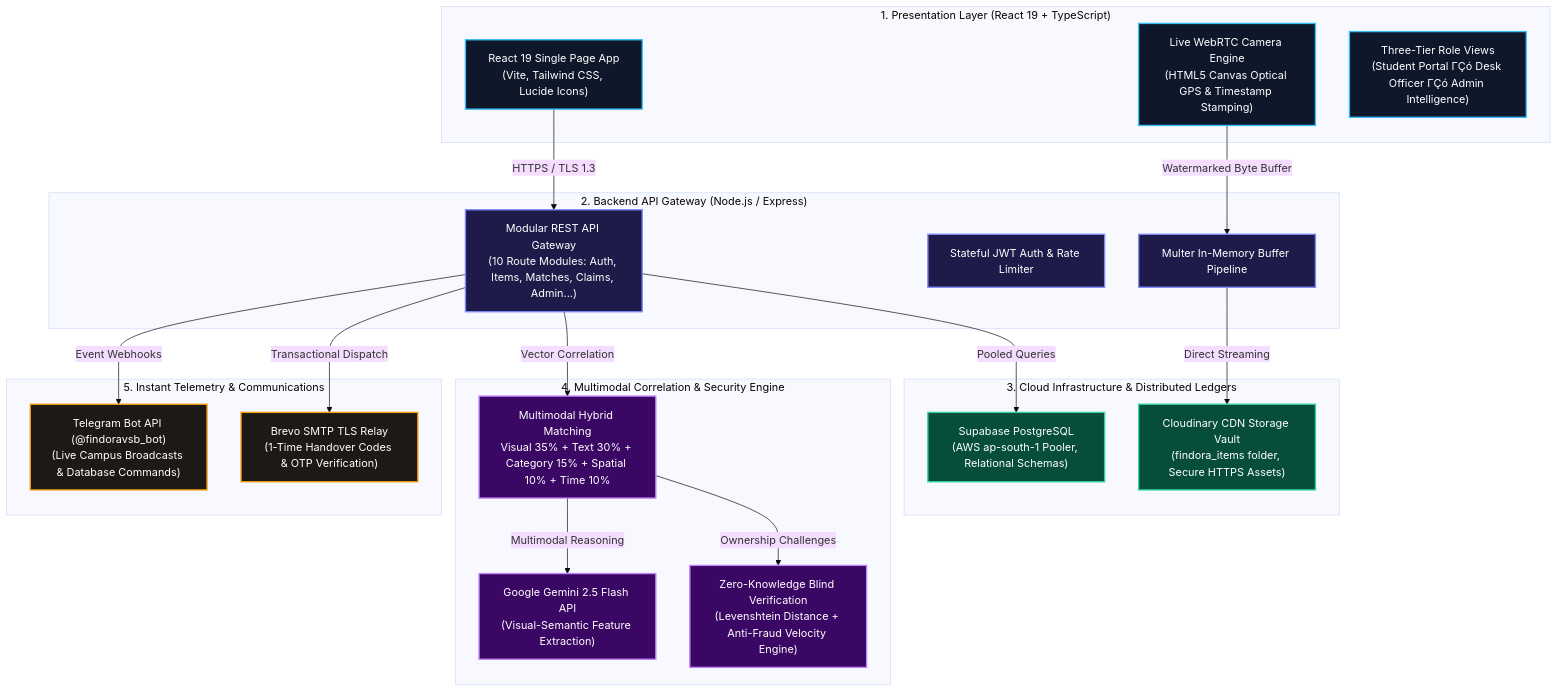
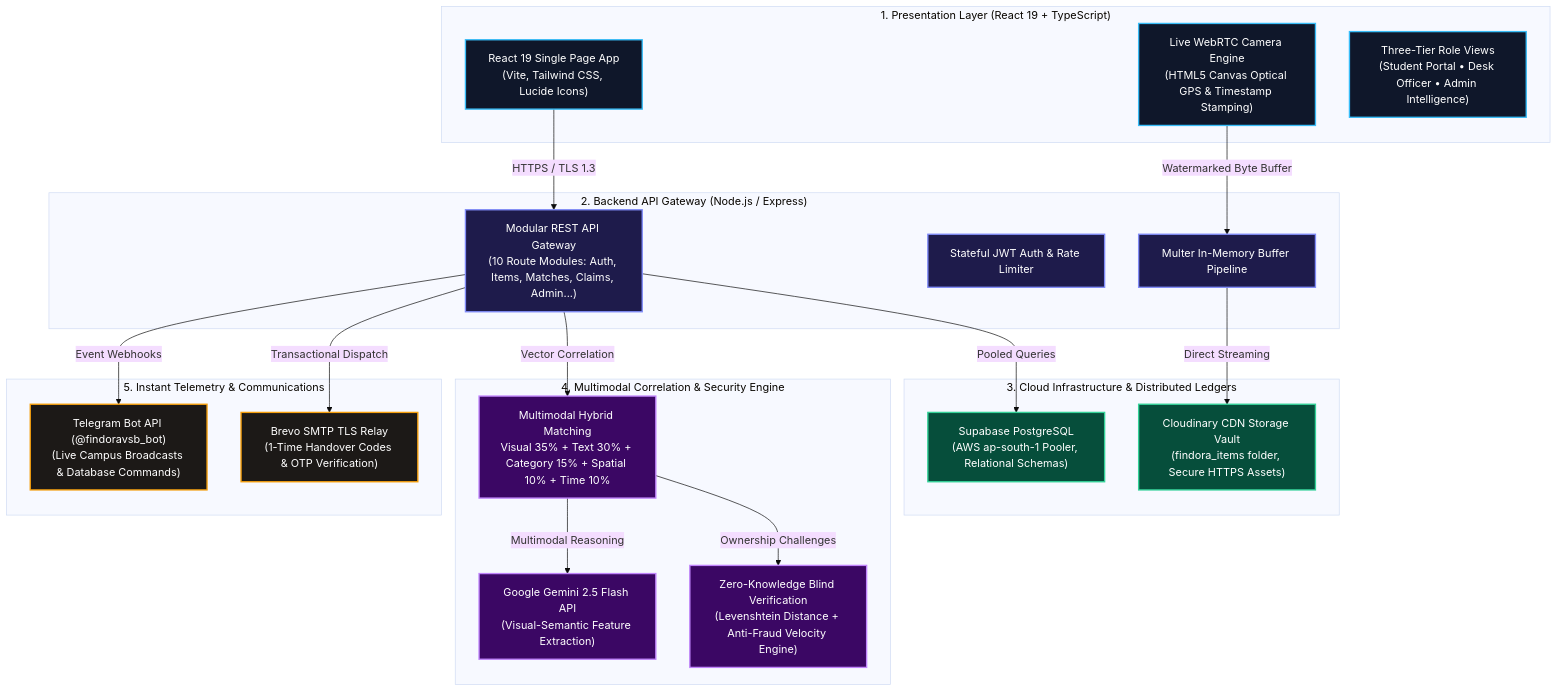
One commit to Tharun4743/Findora-ai changed the diagram in README.md. Above: the diagram before and after it, drawn with Mermaid (base theme). The commit also changed other lines of this file, not shown here.

````diff
--- a/README.md
+++ b/README.md
@@ -40,46 +40,46 @@
 ```mermaid
 graph TD
     classDef client fill:#0f172a,stroke:#38bdf8,stroke-width:2px,color:#fff;
     classDef gateway fill:#1e1b4b,stroke:#818cf8,stroke-width:2px,color:#fff;
     classDef cloud fill:#064e3b,stroke:#34d399,stroke-width:2px,color:#fff;
     classDef ai fill:#3b0764,stroke:#c084fc,stroke-width:2px,color:#fff;
     classDef comms fill:#1c1917,stroke:#f59e0b,stroke-width:2px,color:#fff;
 
     subgraph PRESENTATION ["1. Presentation Layer (React 19 + TypeScript)"]
         UI_SPA["React 19 Single Page App<br/>(Vite, Tailwind CSS, Lucide Icons)"]:::client
         UI_CAM["Live WebRTC Camera Engine<br/>(HTML5 Canvas Optical GPS & Timestamp Stamping)"]:::client
-        UI_ROLES["Three-Tier Role Views<br/>(Student Portal ΓÇó Desk Officer ΓÇó Admin Intelligence)"]:::client
+        UI_ROLES["Three-Tier Role Views<br/>(Student Portal • Desk Officer • Admin Intelligence)"]:::client
     end
 
     subgraph GATEWAY ["2. Backend API Gateway (Node.js / Express)"]
         API_ROUTER["Modular REST API Gateway<br/>(10 Route Modules: Auth, Items, Matches, Claims, Admin...)"]:::gateway
         API_AUTH["Stateful JWT Auth & Rate Limiter"]:::gateway
         API_BUF["Multer In-Memory Buffer Pipeline"]:::gateway
     end
 
     subgraph STORAGE ["3. Cloud Infrastructure & Distributed Ledgers"]
         DB_SUPA["Supabase PostgreSQL<br/>(AWS ap-south-1 Pooler, Relational Schemas)"]:::cloud
         CDN_CLOUD["Cloudinary CDN Storage Vault<br/>(findora_items folder, Secure HTTPS Assets)"]:::cloud
     end
 
     subgraph INTELLIGENCE ["4. Multimodal Correlation & Security Engine"]
         AI_GEMINI["Google Gemini 2.5 Flash API<br/>(Visual-Semantic Feature Extraction)"]:::ai
         AI_FUSION["Multimodal Hybrid Matching<br/>Visual 35% + Text 30% + Category 15% + Spatial 10% + Time 10%"]:::ai
         AI_VERIFY["Zero-Knowledge Blind Verification<br/>(Levenshtein Distance + Anti-Fraud Velocity Engine)"]:::ai
     end
 
     subgraph COMMS ["5. Instant Telemetry & Communications"]
         TG_BOT["Telegram Bot API (@findoravsb_bot)<br/>(Live Campus Broadcasts & Database Commands)"]:::comms
         EMAIL_BREVO["Brevo SMTP TLS Relay<br/>(1-Time Handover Codes & OTP Verification)"]:::comms
     end
 
     UI_SPA -->|HTTPS / TLS 1.3| API_ROUTER
     UI_CAM -->|Watermarked Byte Buffer| API_BUF
     API_BUF -->|Direct Streaming| CDN_CLOUD
     API_ROUTER -->|Pooled Queries| DB_SUPA
     API_ROUTER -->|Vector Correlation| AI_FUSION
     AI_FUSION -->|Multimodal Reasoning| AI_GEMINI
     AI_FUSION -->|Ownership Challenges| AI_VERIFY
     API_ROUTER -->|Event Webhooks| TG_BOT
     API_ROUTER -->|Transactional Dispatch| EMAIL_BREVO
 ```
````
